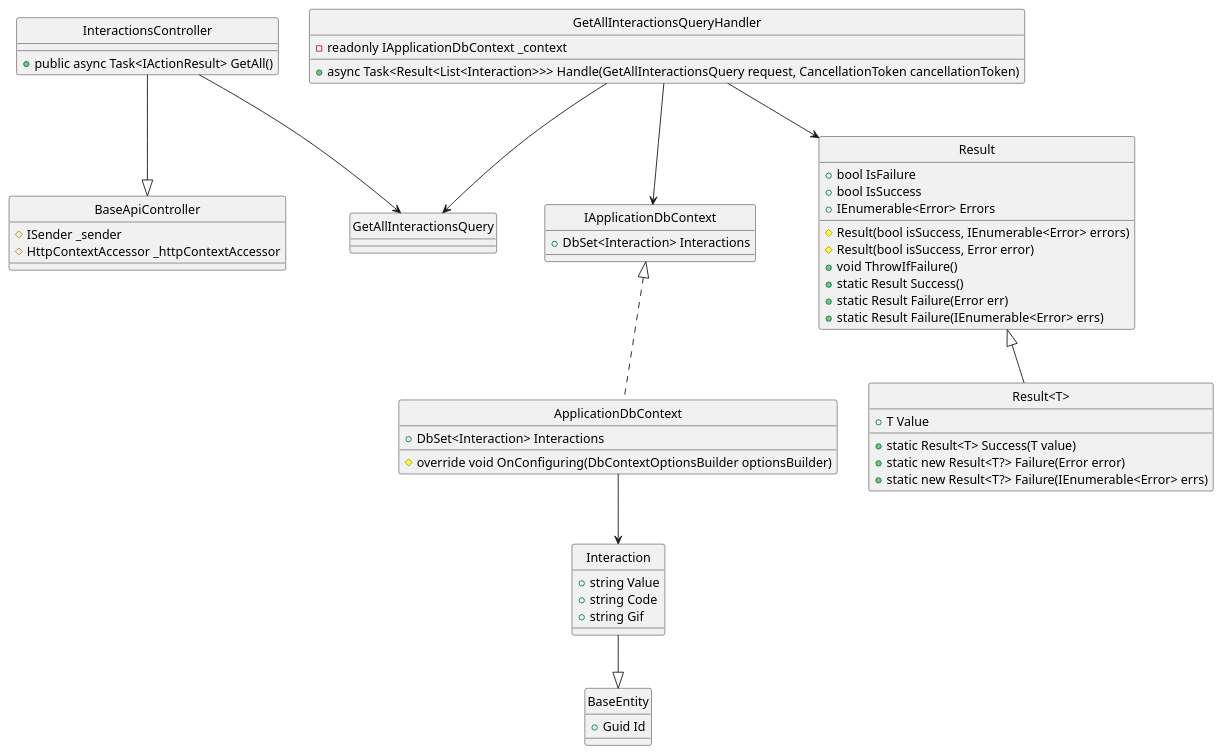
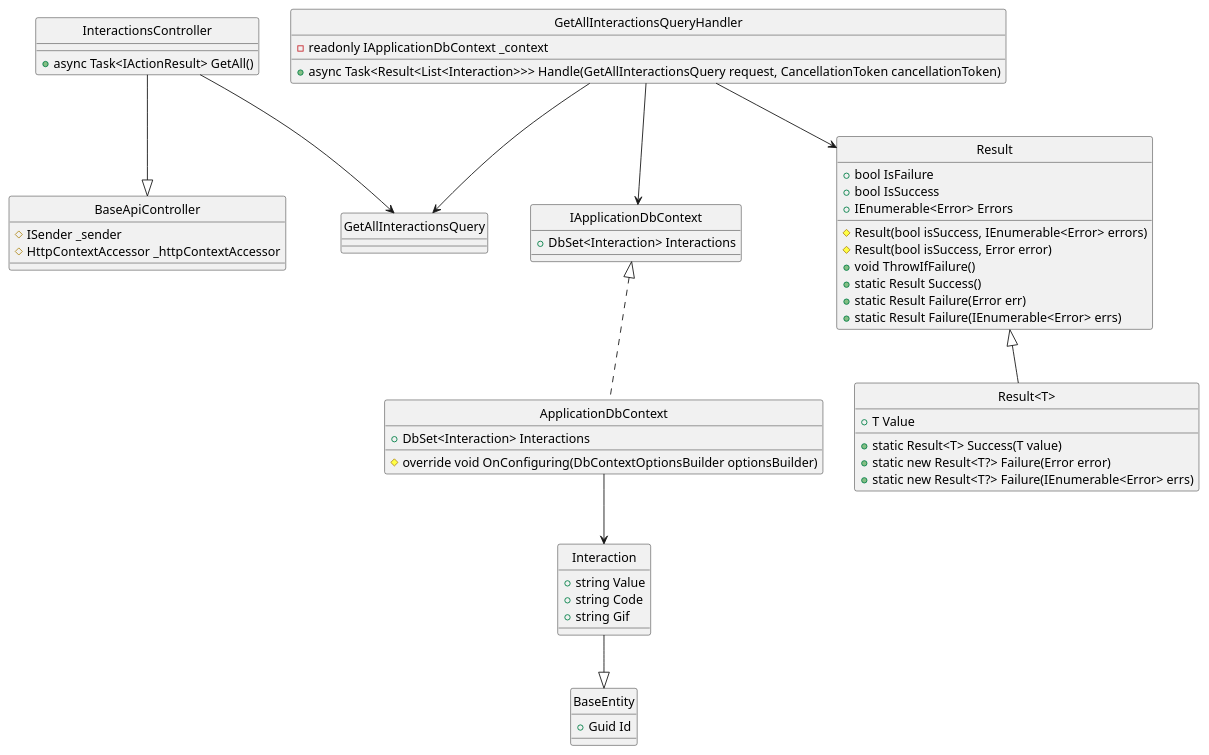
Before and after one commit to Carl-Johnsons/Chat-Application: the diagram in docs/Class Diagram/Post/Interactions/GetAllInteraction/ClassDiagram.plantuml, drawn with PlantUML. The commit also changed 2 other files, not shown here.

```diff
--- a/docs/Class Diagram/Post/Interactions/GetAllInteraction/ClassDiagram.plantuml
+++ b/docs/Class Diagram/Post/Interactions/GetAllInteraction/ClassDiagram.plantuml
@@ -1,68 +1,68 @@
 @startuml 
 hide circle
 
 class BaseApiController {
     #ISender _sender
     #HttpContextAccessor _httpContextAccessor
 }
 
 class InteractionsController {
-    +public async Task<IActionResult> GetAll()
+    +async Task<IActionResult> GetAll()
 }
 
 class GetAllInteractionsQuery {
 }
 
 class GetAllInteractionsQueryHandler {
     -readonly IApplicationDbContext _context
     +async Task<Result<List<Interaction>>> Handle(GetAllInteractionsQuery request, CancellationToken cancellationToken)
 }
 
 class IApplicationDbContext {
     +DbSet<Interaction> Interactions
 }
 
 class ApplicationDbContext {
     +DbSet<Interaction> Interactions
     #override void OnConfiguring(DbContextOptionsBuilder optionsBuilder)
 }
 
 class Result {
     +bool IsFailure
     +bool IsSuccess
     +IEnumerable<Error> Errors
     #Result(bool isSuccess, IEnumerable<Error> errors)
     #Result(bool isSuccess, Error error)
     +void ThrowIfFailure()
     +static Result Success()
     +static Result Failure(Error err)
     +static Result Failure(IEnumerable<Error> errs)
 }
 
 class "Result<T>" {
     +T Value
     +static Result<T> Success(T value)
     +static new Result<T?> Failure(Error error)
     +static new Result<T?> Failure(IEnumerable<Error> errs)
 }
 
 class BaseEntity {
     +Guid Id
 }
 
 class Interaction {
     +string Value
     +string Code
     +string Gif
 }
 
 InteractionsController --|> BaseApiController
 InteractionsController --> GetAllInteractionsQuery
 GetAllInteractionsQueryHandler --> GetAllInteractionsQuery
 GetAllInteractionsQueryHandler --> Result
 GetAllInteractionsQueryHandler --> IApplicationDbContext
 Result <|-- "Result<T>"
 IApplicationDbContext <|.. ApplicationDbContext
 ApplicationDbContext --> Interaction
 Interaction --|> BaseEntity
 @enduml
```
